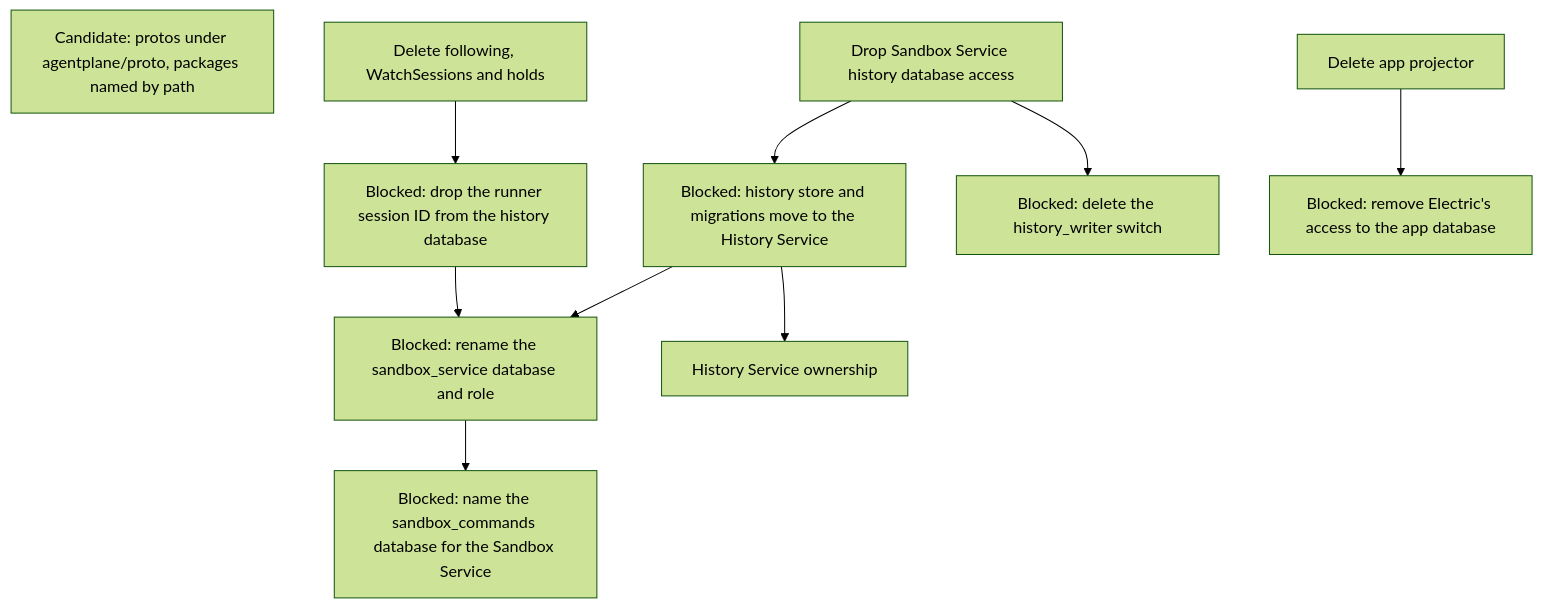
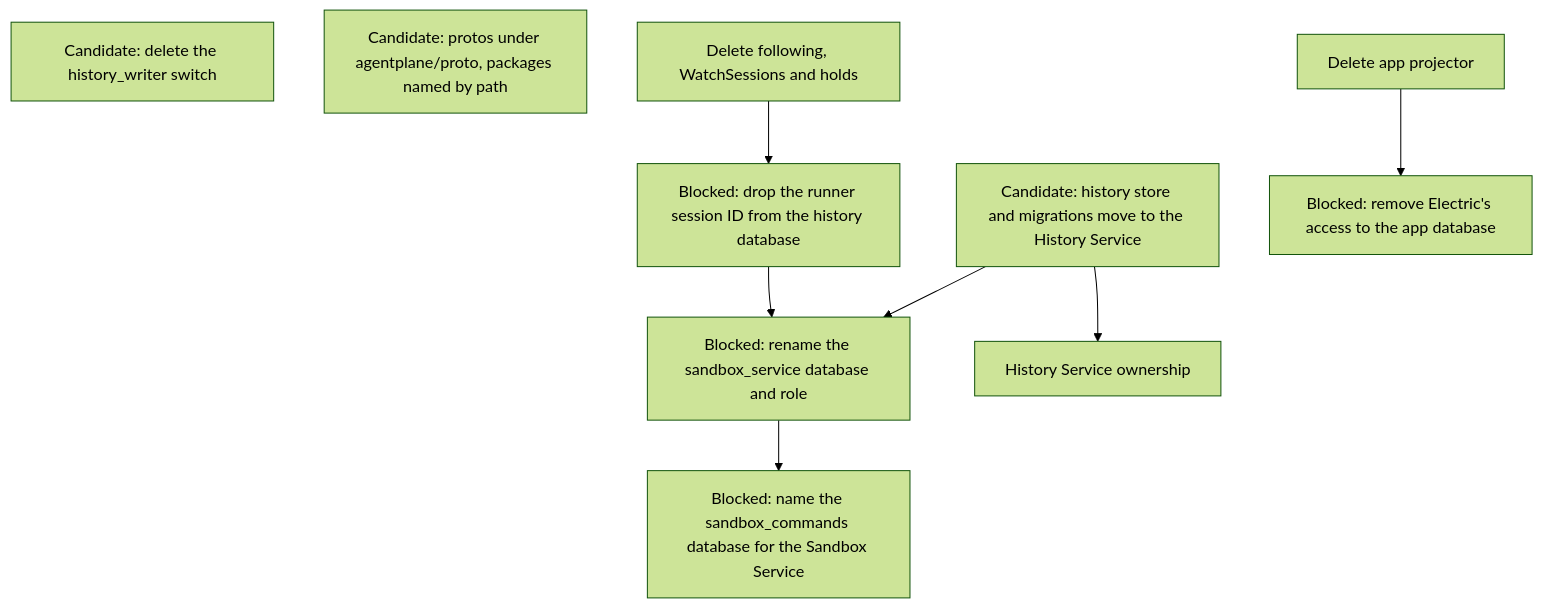
The tenth of 12 diagrams in agentplane/plans/task_dag.md (agentydragon-agent/ducktape), drawn with Mermaid (forest theme) before and after one commit. The commit also changed other lines of this file and 8 other files, not shown here.

````diff
--- a/agentplane/plans/task_dag.md
+++ b/agentplane/plans/task_dag.md
@@ -761,21 +751,18 @@
 ```mermaid
 flowchart TD
     HISTORY_RUNNER_SESSION_ID_DROP[Blocked: drop the runner session ID from the history database]
-    HISTORY_STORE_MOVE[Blocked: history store and migrations move to the History Service]
-    HISTORY_WRITER_SWITCH_RETIRE[Blocked: delete the history_writer switch]
+    HISTORY_STORE_MOVE[Candidate: history store and migrations move to the History Service]
+    HISTORY_WRITER_SWITCH_RETIRE[Candidate: delete the history_writer switch]
     HISTORY_DATABASE_RENAME[Blocked: rename the sandbox_service database and role]
     SANDBOX_DATABASE_RENAME[Blocked: name the sandbox_commands database for the Sandbox Service]
     APP_ELECTRIC_RETIRE[Blocked: remove Electric's access to the app database]
     PROTO_DIRECTORY[Candidate: protos under agentplane/proto, packages named by path]
-    SANDBOX_LOCAL_HISTORY_RETIRE[Drop Sandbox Service history database access]
     APP_PROJECTOR_RETIRE[Delete app projector]
     HISTORY_SERVICE_OWNERSHIP[History Service ownership]
-    SANDBOX_LOCAL_HISTORY_RETIRE --> HISTORY_STORE_MOVE
-    SANDBOX_LOCAL_HISTORY_RETIRE --> HISTORY_WRITER_SWITCH_RETIRE
     HISTORY_STORE_MOVE --> HISTORY_SERVICE_OWNERSHIP
     HISTORY_STORE_MOVE --> HISTORY_DATABASE_RENAME
     FOLLOW_PATH_RETIRE[Delete following, WatchSessions and holds] --> HISTORY_RUNNER_SESSION_ID_DROP
     HISTORY_RUNNER_SESSION_ID_DROP --> HISTORY_DATABASE_RENAME
     HISTORY_DATABASE_RENAME --> SANDBOX_DATABASE_RENAME
     APP_PROJECTOR_RETIRE --> APP_ELECTRIC_RETIRE
 ```
````
